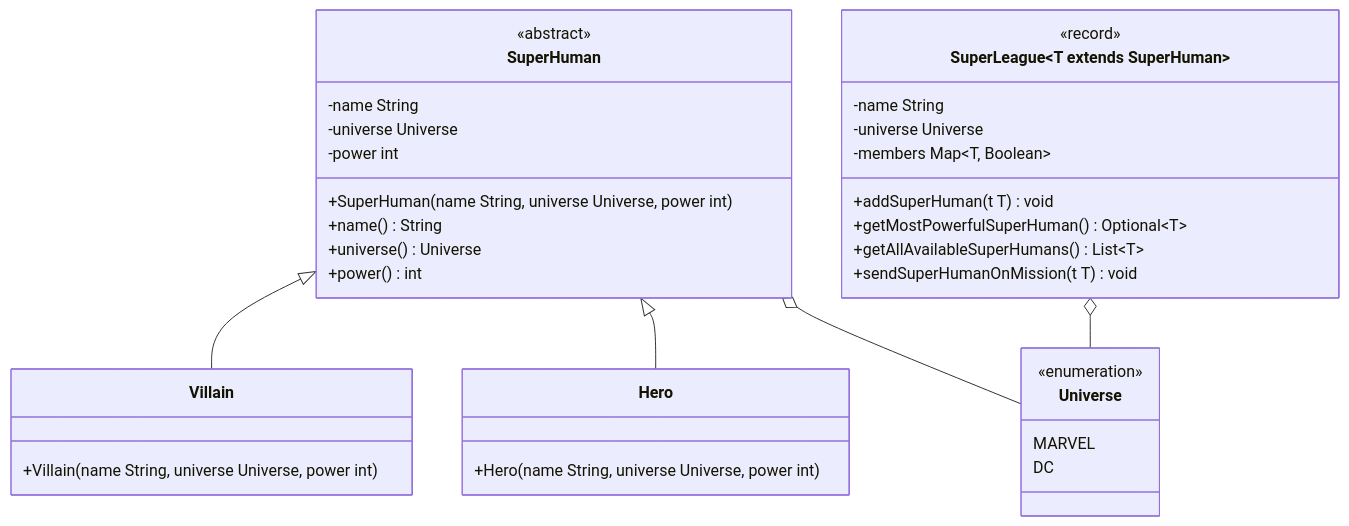
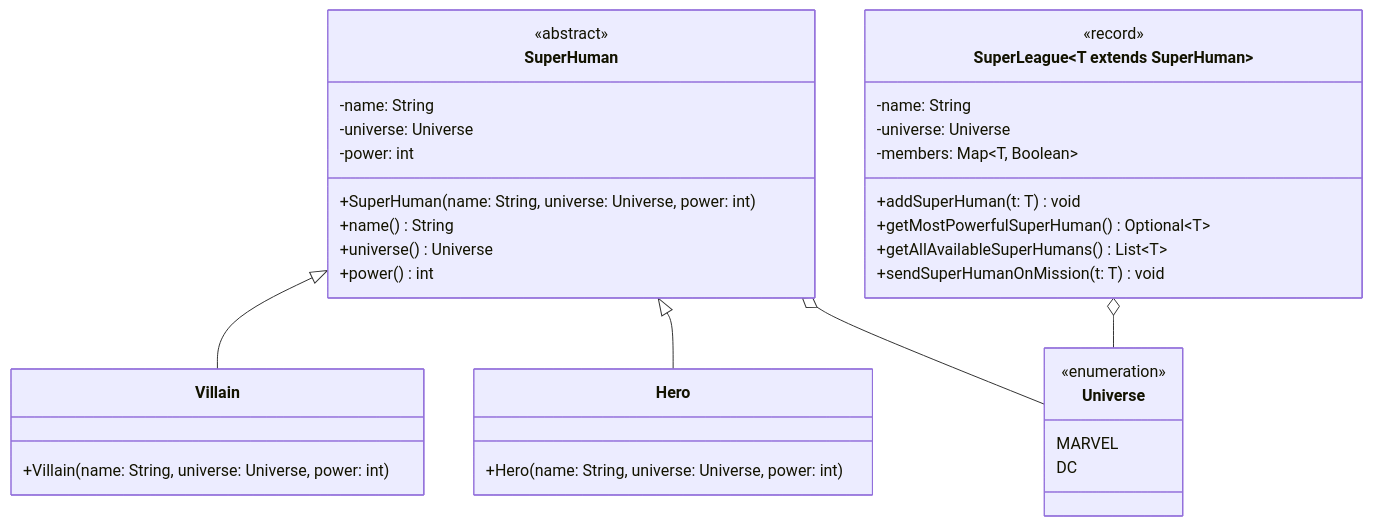
The second of 3 diagrams in docs/additional-material/daniel-java2/sample-exam.md (jappuccini/java-docs), drawn with Mermaid before and after one commit. The commit also changed other lines of this file and 76 other files, not shown here.

Commit message:
uml fixes (colons, properties), headline fixes (italic) and exam result updates

````diff
--- a/docs/additional-material/daniel-java2/sample-exam.md
+++ b/docs/additional-material/daniel-java2/sample-exam.md
@@ -163,43 +163,43 @@
 ```mermaid
 classDiagram
     SuperHuman <|-- Villain
     SuperHuman <|-- Hero
     SuperHuman o-- Universe
     SuperLeague~T extends SuperHuman~ o-- Universe
 
     class SuperHuman {
         <<abstract>>
-        -name String
-        -universe Universe
-        -power int
-        +SuperHuman(name String, universe Universe, power int)
+        -name: String
+        -universe: Universe
+        -power: int
+        +SuperHuman(name: String, universe: Universe, power: int)
         +name() String
         +universe() Universe
         +power() int
     }
 
     class Villain {
-        +Villain(name String, universe Universe, power int)
+        +Villain(name: String, universe: Universe, power: int)
     }
 
     class Hero {
-        +Hero(name String, universe Universe, power int)
+        +Hero(name: String, universe: Universe, power: int)
     }
 
     class Universe {
         <<enumeration>>
         MARVEL
         DC
     }
 
     class SuperLeague~T extends SuperHuman~ {
         <<record>>
-        -name String
-        -universe Universe
-        -members Map~T&sbquo; Boolean~
-        +addSuperHuman(t T) void
+        -name: String
+        -universe: Universe
+        -members: Map~T, Boolean~
+        +addSuperHuman(t: T) void
         +getMostPowerfulSuperHuman() Optional~T~
         +getAllAvailableSuperHumans() List~T~
-        +sendSuperHumanOnMission(t T) void
+        +sendSuperHumanOnMission(t: T) void
     }
 ```
````
